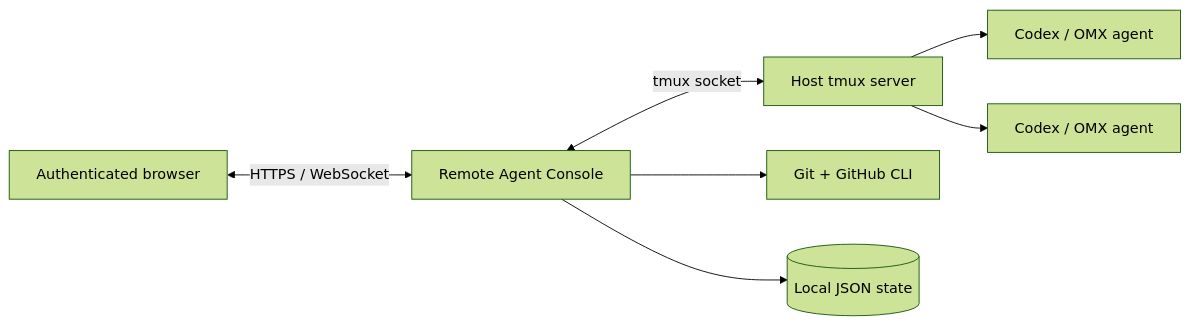
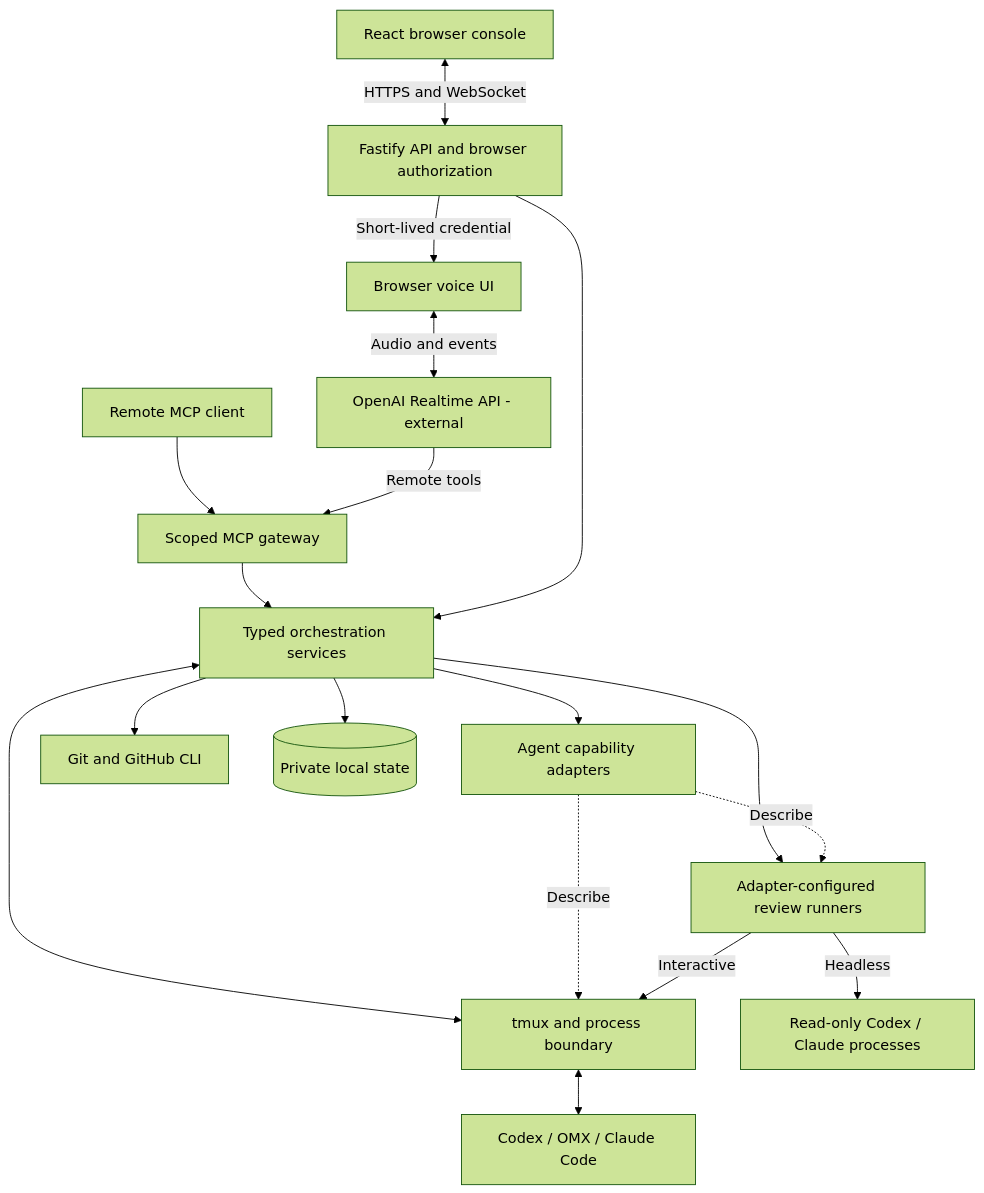
The diagram in README.md (anstosa/remote-agents-console), drawn with Mermaid (forest theme) before and after one commit. The commit also changed other lines of this file and 3 other files, not shown here.

First line of the commit message:
Document Remote Agent Console's AI engineering architecture

````diff
--- a/README.md
+++ b/README.md
@@ -126,9 +68,26 @@
 ```mermaid
-flowchart LR
-    B[Authenticated browser] <-- HTTPS / WebSocket --> S[Remote Agent Console]
-    S <-- tmux socket --> T[Host tmux server]
-    T --> A1[Codex / OMX agent]
-    T --> A2[Codex / OMX agent]
-    S --> G[Git + GitHub CLI]
-    S --> D[(Local JSON state)]
+flowchart TB
+    Web[React browser console]
+    MCP[Remote MCP client]
+    Voice[Browser voice UI]
+    Realtime[OpenAI Realtime API - external]
+
+    Web <-->|HTTPS and WebSocket| API[Fastify API and browser authorization]
+    MCP --> Gateway[Scoped MCP gateway]
+    Voice <-->|Audio and events| Realtime
+    Realtime -->|Remote tools| Gateway
+    API -->|Short-lived credential| Voice
+    Gateway --> Core[Typed orchestration services]
+    API --> Core
+
+    Core --> Adapters[Agent capability adapters]
+    Core <--> Runtime[tmux and process boundary]
+    Adapters -.->|Describe| Runtime
+    Runtime <--> Agents[Codex / OMX / Claude Code]
+    Core --> Git[Git and GitHub CLI]
+    Core --> State[(Private local state)]
+    Core --> Review[Adapter-configured review runners]
+    Adapters -.->|Describe| Review
+    Review -->|Interactive| Runtime
+    Review -->|Headless| Child[Read-only Codex / Claude processes]
 ```
````
